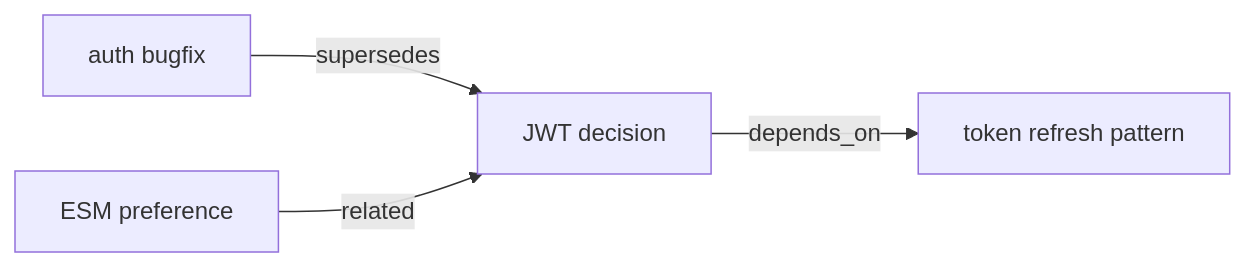
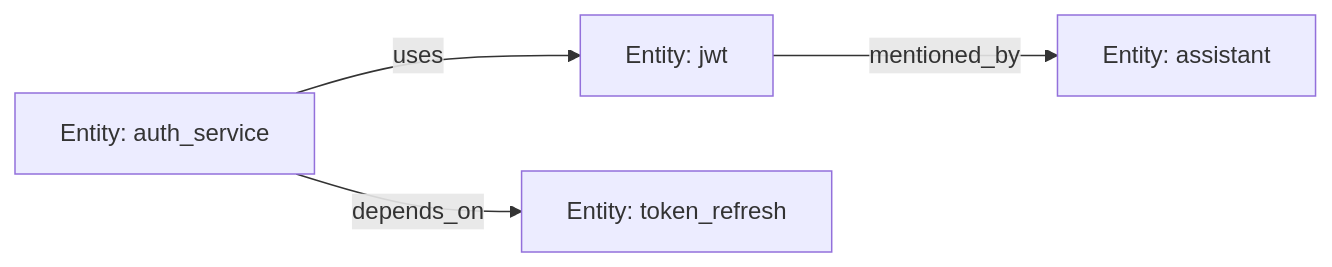
One commit to wmt-mobile/localnest changed the sixth of 12 diagrams in guides/architecture.md. Above: the diagram before and after it, drawn with Mermaid. The commit also changed other lines of this file, not shown here.

First line of the commit message:
docs: update architecture guide for v0.0.7-beta.1 modules

````diff
--- a/guides/architecture.md
+++ b/guides/architecture.md
@@ -124,6 +145,6 @@
 ```mermaid
 flowchart LR
-    A["auth bugfix"] -->|supersedes| B["JWT decision"]
-    C["ESM preference"] -->|related| B
-    B -->|depends_on| D["token refresh pattern"]
+    S["Entity: auth_service"] -->|uses| O["Entity: jwt"]
+    S -->|depends_on| D["Entity: token_refresh"]
+    O -->|mentioned_by| R["Entity: assistant"]
 ```
````
